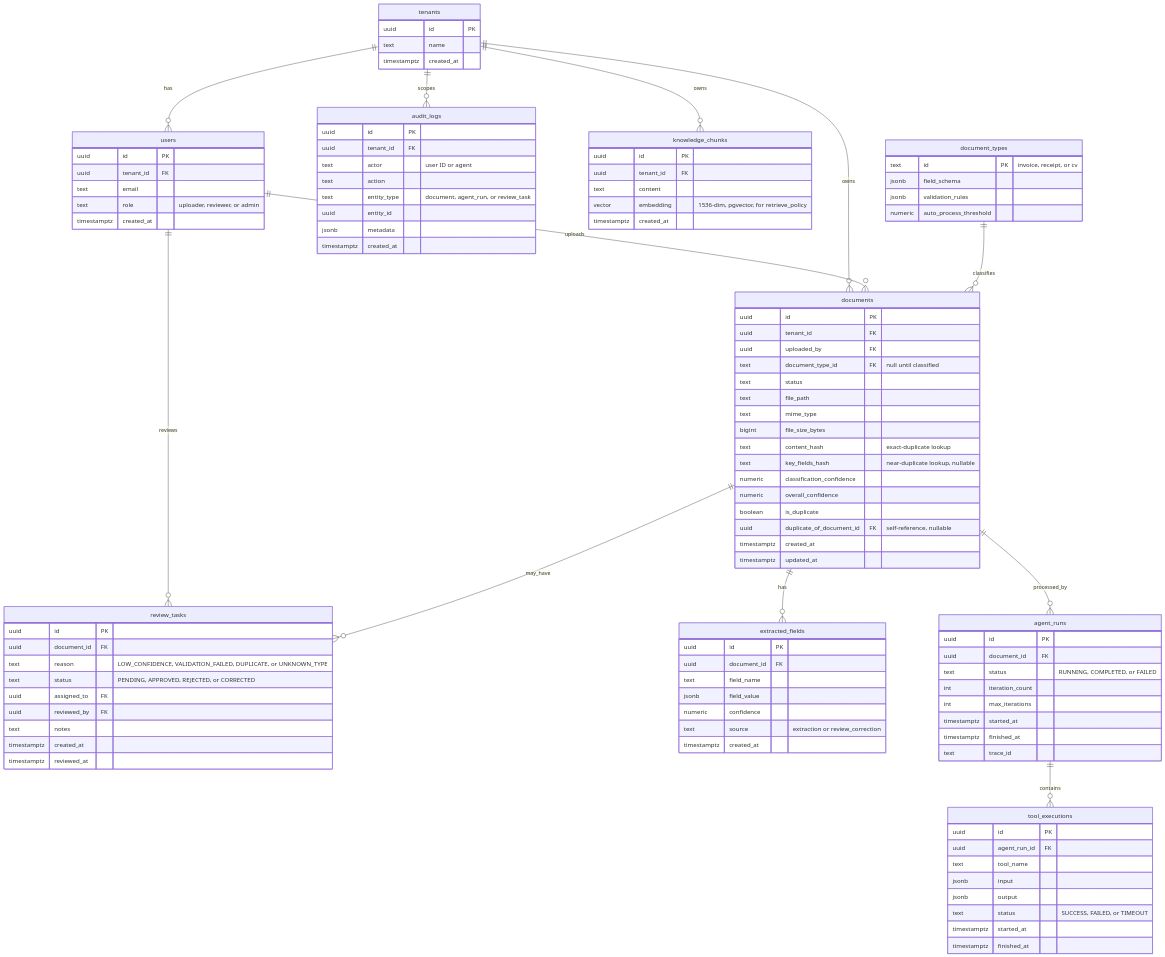
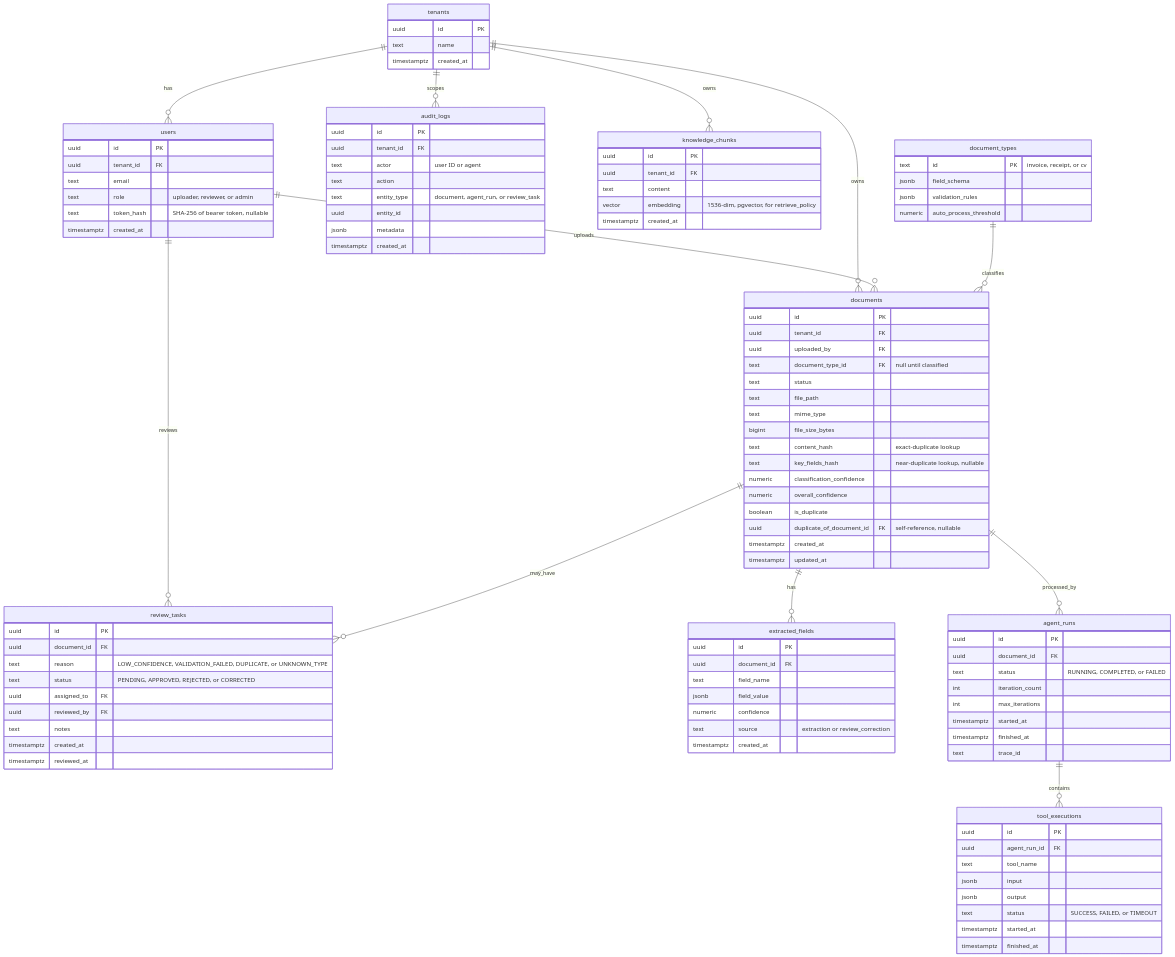
One commit to mwyzer/golang-next changed the diagram in docs/technical-design/db.md. Above: the diagram before and after it, drawn with Mermaid. The commit also changed other lines of this file and 19 other files, not shown here.

```diff
--- a/docs/technical-design/db.md
+++ b/docs/technical-design/db.md
@@ -179,6 +180,7 @@
         uuid tenant_id FK
         text email
         text role "uploader, reviewer, or admin"
+        text token_hash "SHA-256 of bearer token, nullable"
         timestamptz created_at
     }
     document_types {
```
